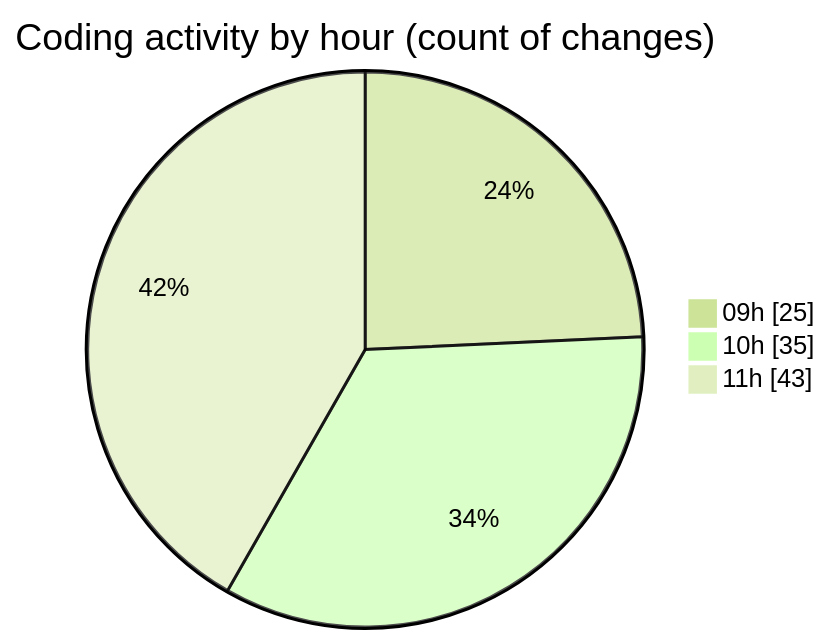
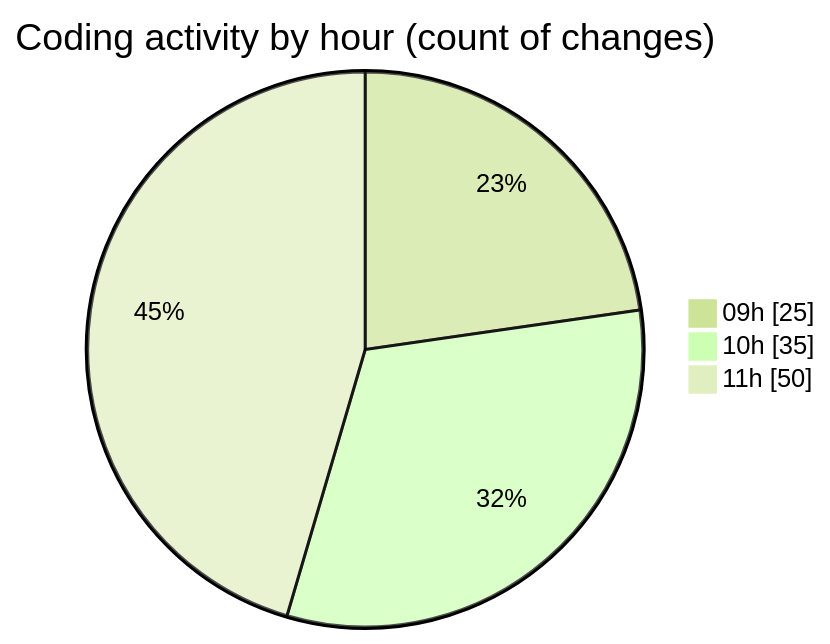
One commit to momahboobian/code-tracking changed the second of 2 diagrams in 2025-08-22/cda/README.md. Above: the diagram before and after it, drawn with Mermaid (forest theme). The commit also changed other lines of this file and 1 other file, not shown here.

````diff
--- a/2025-08-22/cda/README.md
+++ b/2025-08-22/cda/README.md
@@ -48,7 +48,7 @@
 ```mermaid
 pie showData
 title Coding activity by hour (count of changes)
 "09h" : 25
 "10h" : 35
-"11h" : 43
+"11h" : 50
 ```
````
